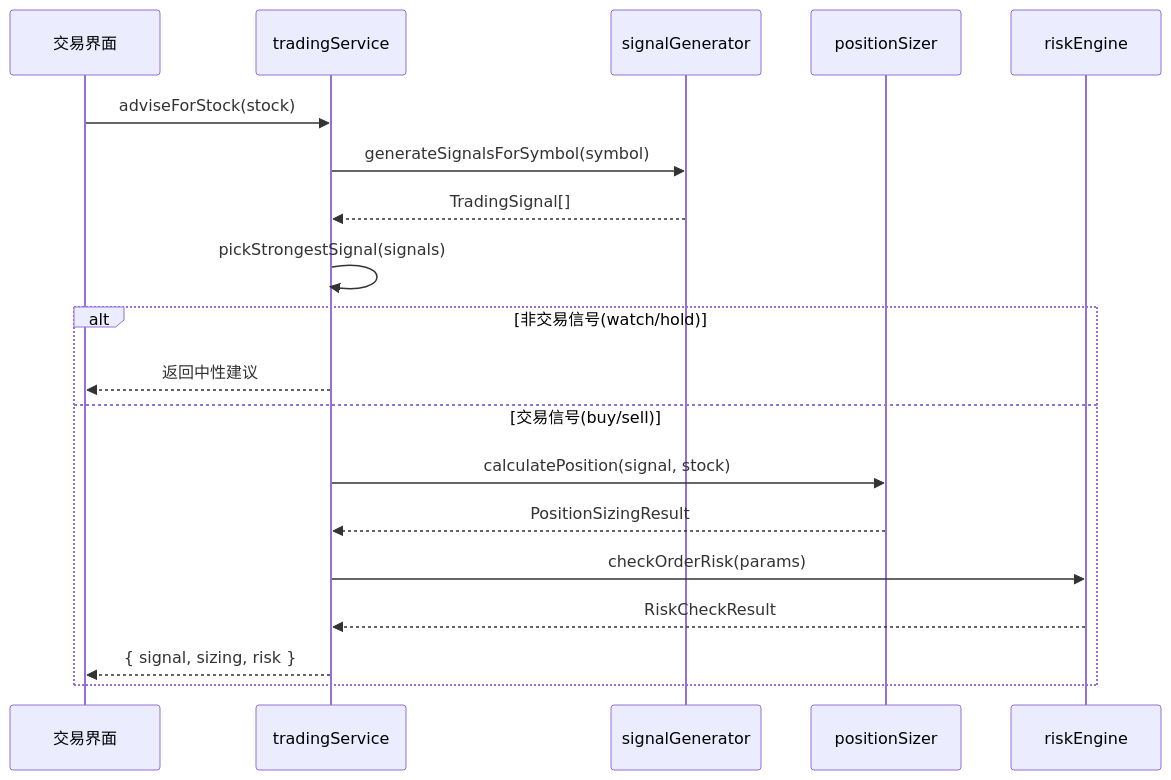
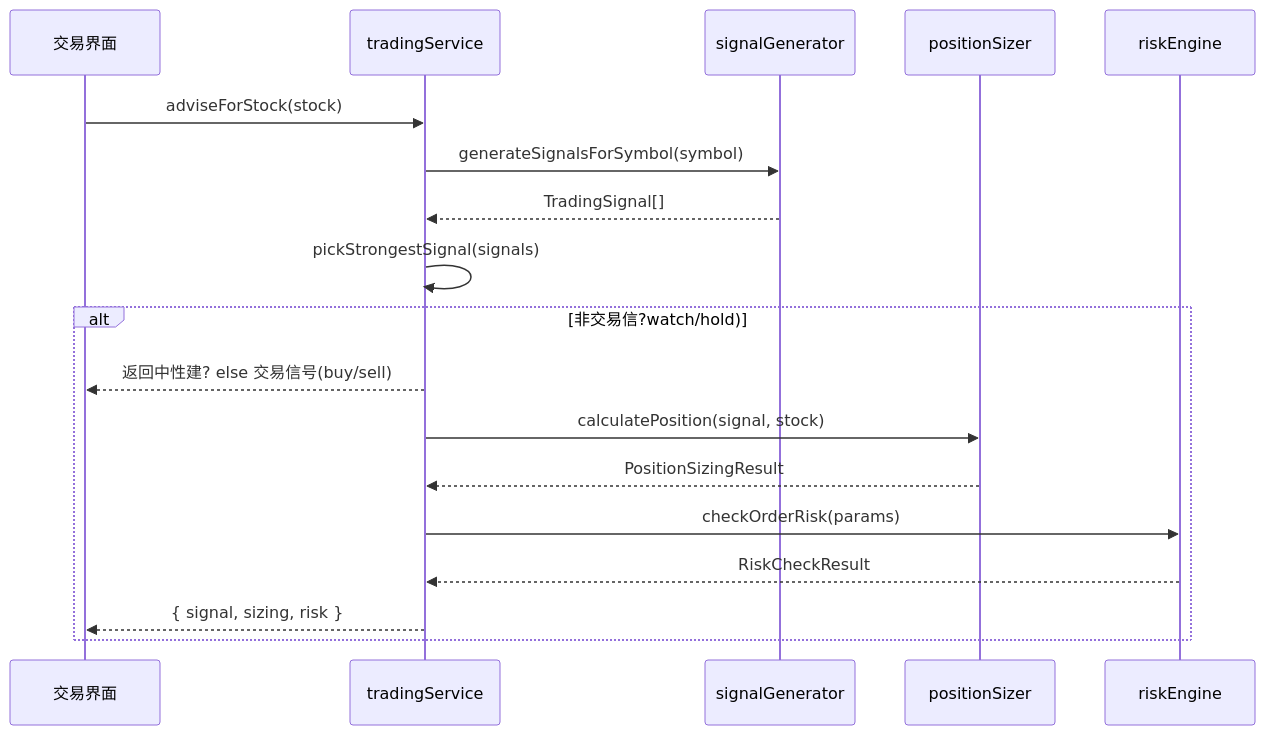
The tenth of 19 diagrams in docs/explanation/design/databridge数据链路全景分析报告.md (DHENGHONGYU/-), drawn with Mermaid before and after one commit. The commit also changed other lines of this file and 1711 other files, not shown here.

````diff
--- a/docs/explanation/design/databridge数据链路全景分析报告.md
+++ b/docs/explanation/design/databridge数据链路全景分析报告.md
@@ -429,26 +404,25 @@
 ```mermaid
 sequenceDiagram
     participant UI as 交易界面
     participant Service as tradingService
     participant Signal as signalGenerator
     participant Sizing as positionSizer
     participant Risk as riskEngine
     
     UI->>Service: adviseForStock(stock)
     Service->>Signal: generateSignalsForSymbol(symbol)
     Signal-->>Service: TradingSignal[]
     
     Service->>Service: pickStrongestSignal(signals)
     
-    alt 非交易信号(watch/hold)
-        Service-->>UI: 返回中性建议
-    else 交易信号(buy/sell)
+    alt 非交易信?watch/hold)
+        Service-->>UI: 返回中性建?    else 交易信号(buy/sell)
         Service->>Sizing: calculatePosition(signal, stock)
         Sizing-->>Service: PositionSizingResult
         
         Service->>Risk: checkOrderRisk(params)
         Risk-->>Service: RiskCheckResult
         
         Service-->>UI: { signal, sizing, risk }
     end
 ```
````
